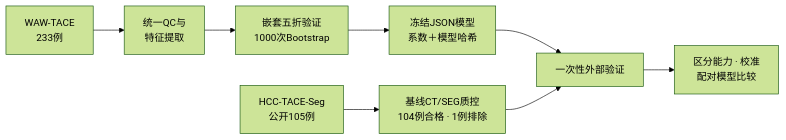
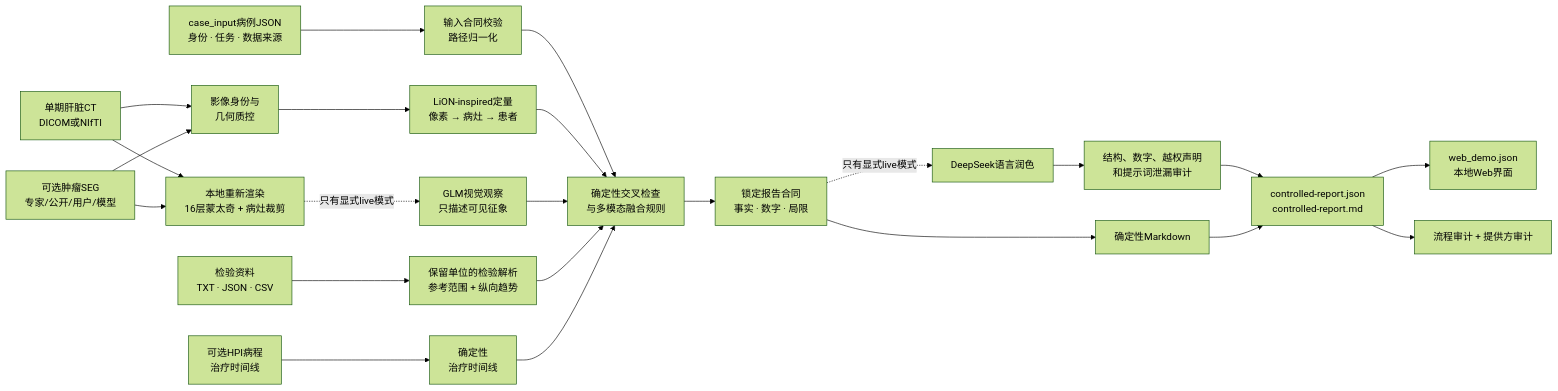
Before and after one commit to xhu014183-cmd/OncoFuse: the first of 2 diagrams in README.zh-CN.md, drawn with Mermaid (forest theme). The commit also changed other lines of this file and 1 other file, not shown here.

````diff
--- a/README.zh-CN.md
+++ b/README.zh-CN.md
@@ -47,10 +34,35 @@
 ```mermaid
 flowchart LR
-    W["WAW-TACE<br/>233例"] --> Q1["统一QC与<br/>特征提取"]
-    Q1 --> CV["嵌套五折验证<br/>1000次Bootstrap"]
-    CV --> F["冻结JSON模型<br/>系数＋模型哈希"]
-    H["HCC-TACE-Seg<br/>公开105例"] --> Q2["基线CT/SEG质控<br/>104例合格 · 1例排除"]
-    F --> X["一次性外部验证"]
-    Q2 --> X
-    X --> R["区分能力 · 校准<br/>配对模型比较"]
+    CASE["case_input病例JSON<br/>身份 · 任务 · 数据来源"]
+    CT["单期肝脏CT<br/>DICOM或NIfTI"]
+    SEG["可选肿瘤SEG<br/>专家/公开/用户/模型"]
+    LAB["检验资料<br/>TXT · JSON · CSV"]
+    HPI["可选HPI病程<br/>治疗时间线"]
+
+    CASE --> CONTRACT["输入合同校验<br/>路径归一化"]
+    CT --> IQC["影像身份与<br/>几何质控"]
+    SEG --> IQC
+    IQC --> LION["LiON-inspired定量<br/>像素 → 病灶 → 患者"]
+
+    CT --> PNG["本地重新渲染<br/>16层蒙太奇 + 病灶裁剪"]
+    SEG --> PNG
+    PNG -. "只有显式live模式" .-> GLM["GLM视觉观察<br/>只描述可见征象"]
+
+    LAB --> LQC["保留单位的检验解析<br/>参考范围 + 纵向趋势"]
+    HPI --> TIME["确定性<br/>治疗时间线"]
+
+    CONTRACT --> RULES["确定性交叉检查<br/>与多模态融合规则"]
+    LION --> RULES
+    GLM --> RULES
+    LQC --> RULES
+    TIME --> RULES
+
+    RULES --> LOCK["锁定报告合同<br/>事实 · 数字 · 局限"]
+    LOCK --> FALLBACK["确定性Markdown"]
+    LOCK -. "只有显式live模式" .-> DS["DeepSeek语言润色"]
+    DS --> GUARD["结构、数字、越权声明<br/>和提示词泄漏审计"]
+    GUARD --> FINAL["controlled-report.json<br/>controlled-report.md"]
+    FALLBACK --> FINAL
+    FINAL --> WEB["web_demo.json<br/>本地Web界面"]
+    FINAL --> AUDIT["流程审计 + 提供方审计"]
 ```
````
